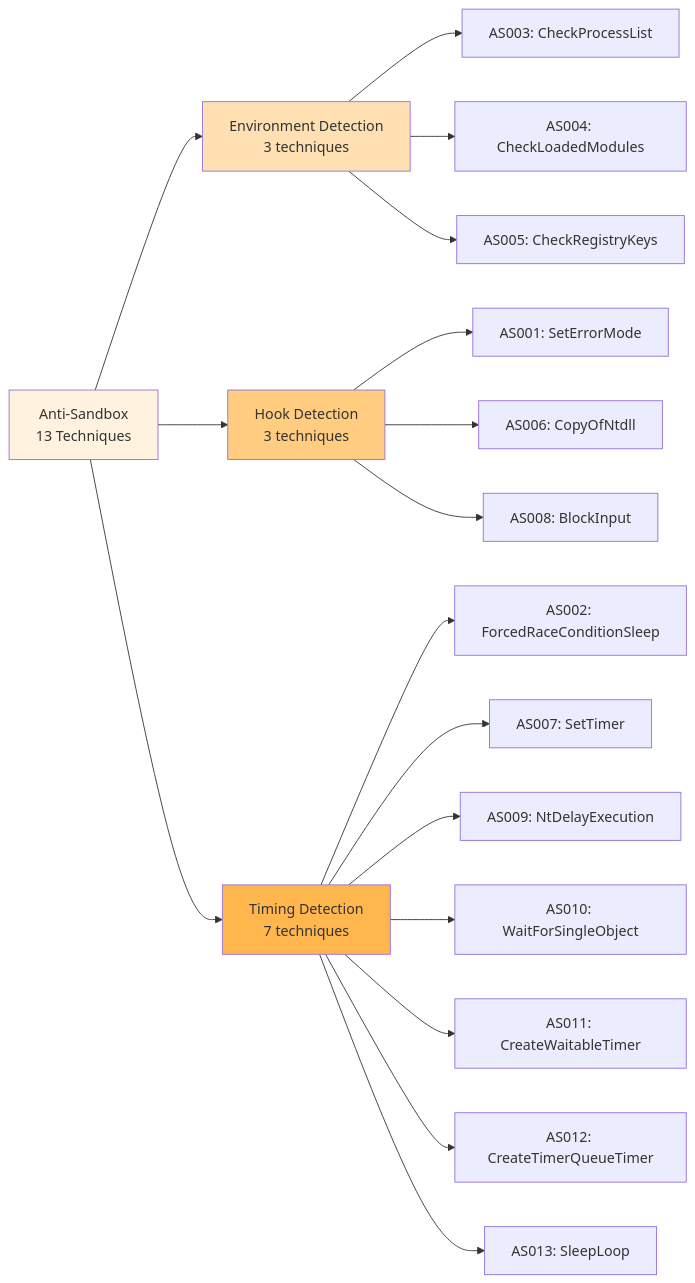
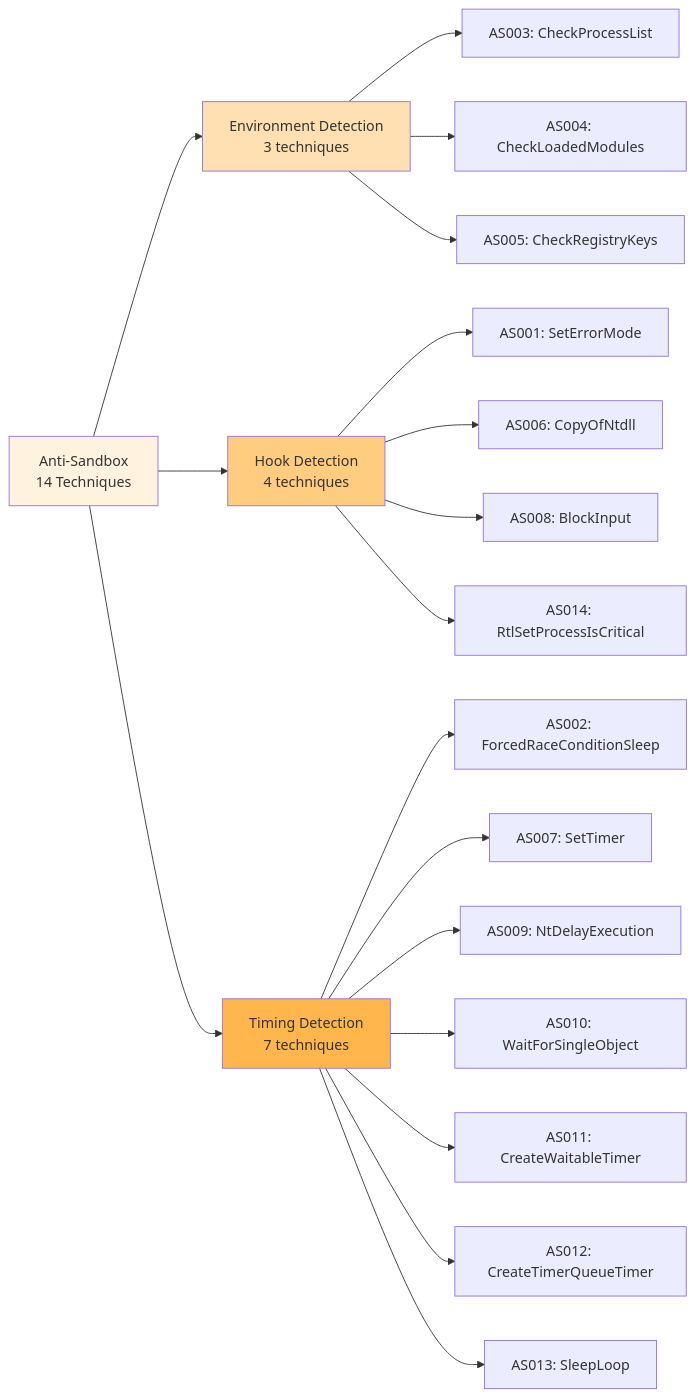
The fourth of 8 diagrams in docs/diagrams/taxonomy.md (mabj/anti), drawn with Mermaid before and after one commit. The commit also changed other lines of this file and 7 other files, not shown here.

Commit message:
Adding new anti-sandbox technique AS014

````diff
--- a/docs/diagrams/taxonomy.md
+++ b/docs/diagrams/taxonomy.md
@@ -131,29 +131,30 @@
 ```mermaid
 graph LR
-    AS[Anti-Sandbox<br/>13 Techniques]
+    AS[Anti-Sandbox<br/>14 Techniques]
 
     AS --> ENV[Environment Detection<br/>3 techniques]
-    AS --> HOOK[Hook Detection<br/>3 techniques]
+    AS --> HOOK[Hook Detection<br/>4 techniques]
     AS --> TIME[Timing Detection<br/>7 techniques]
 
     ENV --> ENV1[AS003: CheckProcessList]
     ENV --> ENV2[AS004: CheckLoadedModules]
     ENV --> ENV3[AS005: CheckRegistryKeys]
 
     HOOK --> HOOK1[AS001: SetErrorMode]
     HOOK --> HOOK2[AS006: CopyOfNtdll]
     HOOK --> HOOK3[AS008: BlockInput]
+    HOOK --> HOOK4[AS014: RtlSetProcessIsCritical]
 
     TIME --> TIME1[AS002: ForcedRaceConditionSleep]
     TIME --> TIME2[AS007: SetTimer]
     TIME --> TIME3[AS009: NtDelayExecution]
     TIME --> TIME4[AS010: WaitForSingleObject]
     TIME --> TIME5[AS011: CreateWaitableTimer]
     TIME --> TIME6[AS012: CreateTimerQueueTimer]
     TIME --> TIME7[AS013: SleepLoop]
 
     style AS fill:#fff3e0
     style ENV fill:#ffe0b2
     style HOOK fill:#ffcc80
     style TIME fill:#ffb74d
 ```
````
